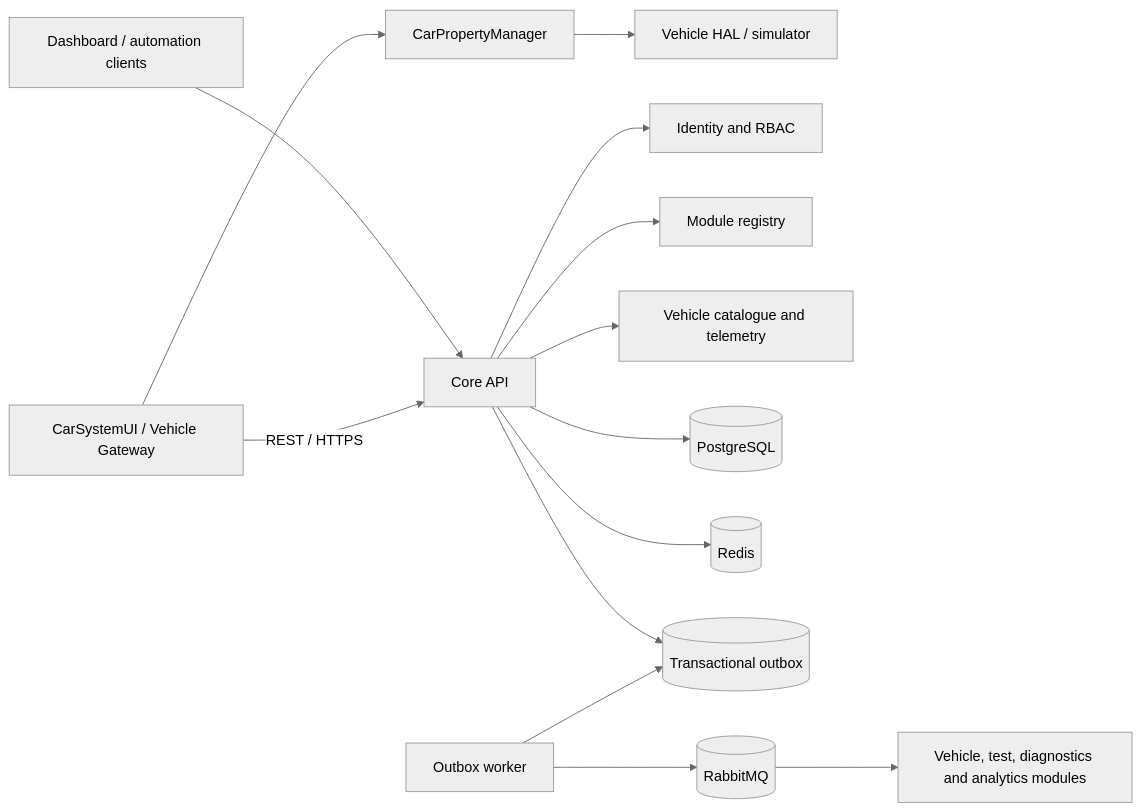
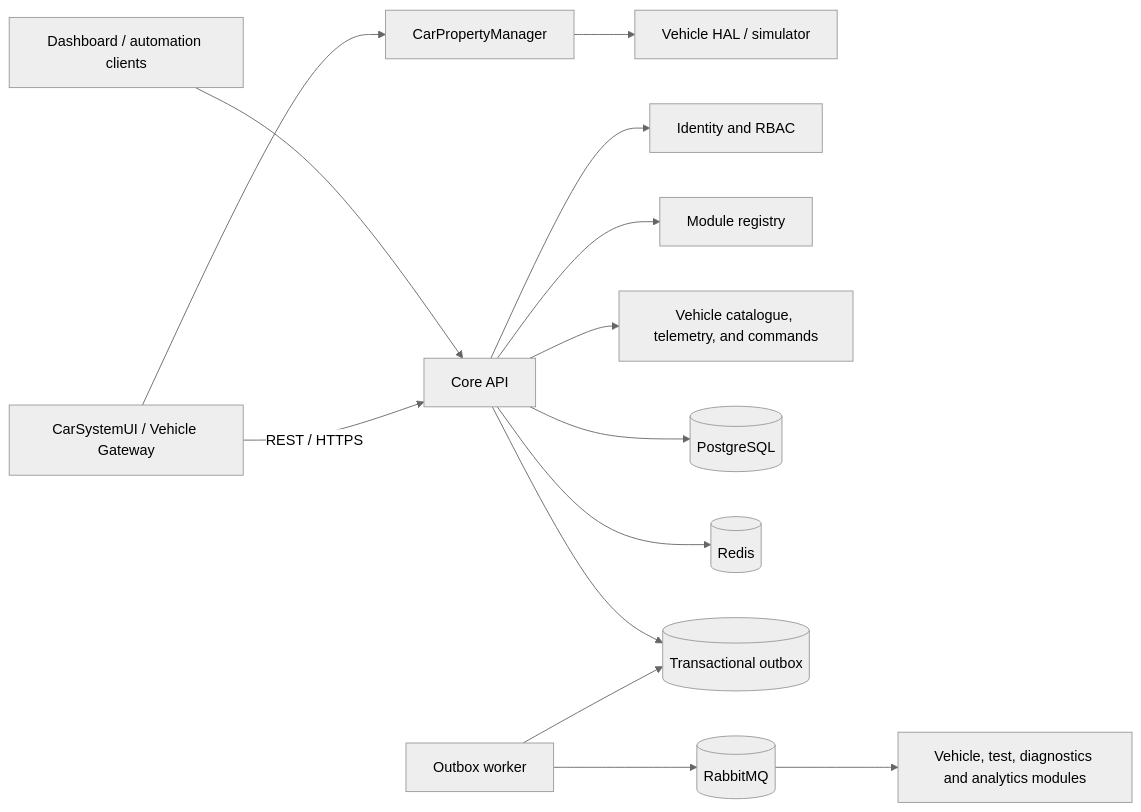
The diagram in docs/architecture.md (paulacristinaqa/automotive_test_engineering_platform), drawn with Mermaid (neutral theme) before and after one commit. The commit also changed other lines of this file and 16 other files, not shown here.

````diff
--- a/docs/architecture.md
+++ b/docs/architecture.md
@@ -10,16 +10,16 @@
 ```mermaid
 flowchart LR
     Client["Dashboard / automation clients"] --> API["Core API"]
     CarUI["CarSystemUI / Vehicle Gateway"] -->|"REST / HTTPS"| API
     CarUI --> CarAPI["CarPropertyManager"]
     CarAPI --> VHAL["Vehicle HAL / simulator"]
     API --> Identity["Identity and RBAC"]
     API --> Registry["Module registry"]
-    API --> Vehicle["Vehicle catalogue and telemetry"]
+    API --> Vehicle["Vehicle catalogue, telemetry, and commands"]
     API --> PG[(PostgreSQL)]
     API --> Redis[(Redis)]
     API --> Outbox[(Transactional outbox)]
     Worker["Outbox worker"] --> Outbox
     Worker --> MQ[(RabbitMQ)]
     MQ --> Modules["Vehicle, test, diagnostics and analytics modules"]
 ```
````
